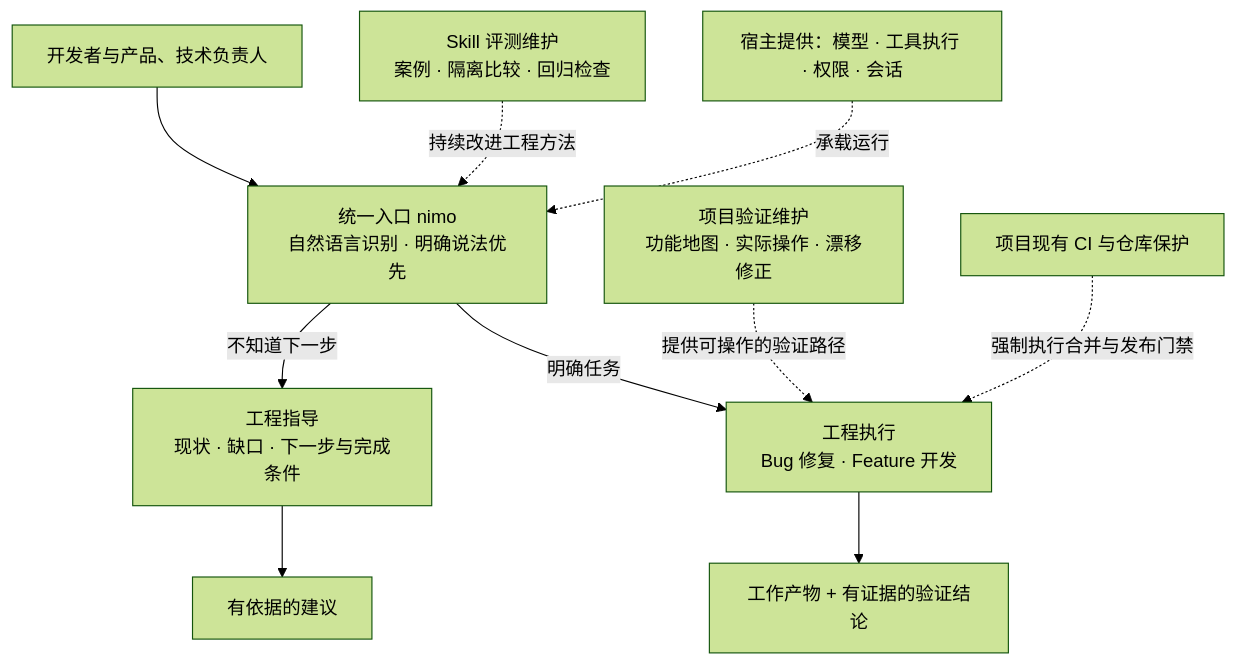
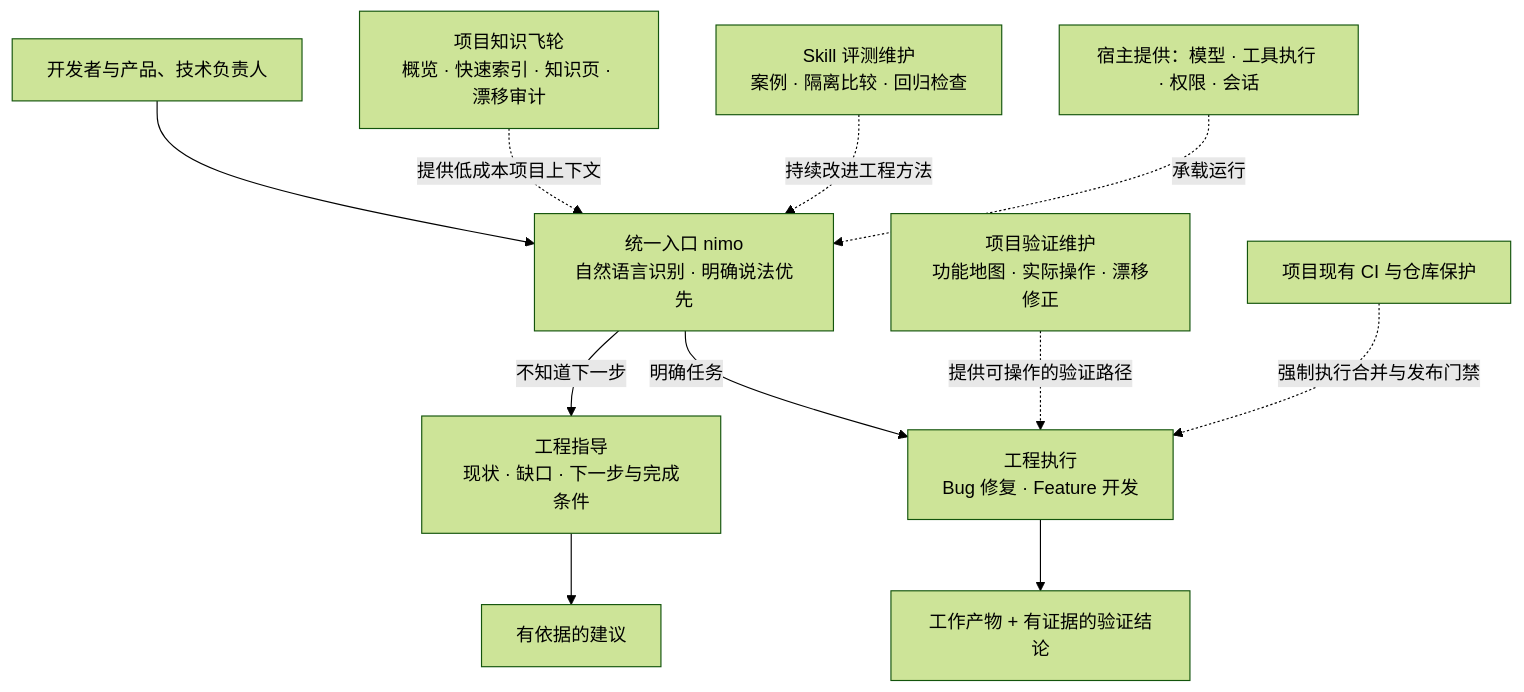
Before and after one commit to ttttstc/nimo: the second of 2 diagrams in README.md, drawn with Mermaid (forest theme). The commit also changed other lines of this file, not shown here.

````diff
--- a/README.md
+++ b/README.md
@@ -205,12 +214,13 @@
 ```mermaid
 flowchart TB
     U[开发者与产品、技术负责人] --> E[统一入口 nimo<br/>自然语言识别 · 明确说法优先]
     E -->|不知道下一步| G[工程指导<br/>现状 · 缺口 · 下一步与完成条件]
     E -->|明确任务| X[工程执行<br/>Bug 修复 · Feature 开发]
     G --> R[有依据的建议]
     X --> R2[工作产物 + 有证据的验证结论]
     V[项目验证维护<br/>功能地图 · 实际操作 · 漂移修正] -.提供可操作的验证路径.-> X
+    K[项目知识飞轮<br/>概览 · 快速索引 · 知识页 · 漂移审计] -.提供低成本项目上下文.-> E
     A[Skill 评测维护<br/>案例 · 隔离比较 · 回归检查] -.持续改进工程方法.-> E
     H[宿主提供：模型 · 工具执行 · 权限 · 会话] -.承载运行.-> E
     CI[项目现有 CI 与仓库保护] -.强制执行合并与发布门禁.-> X
 ```
````
